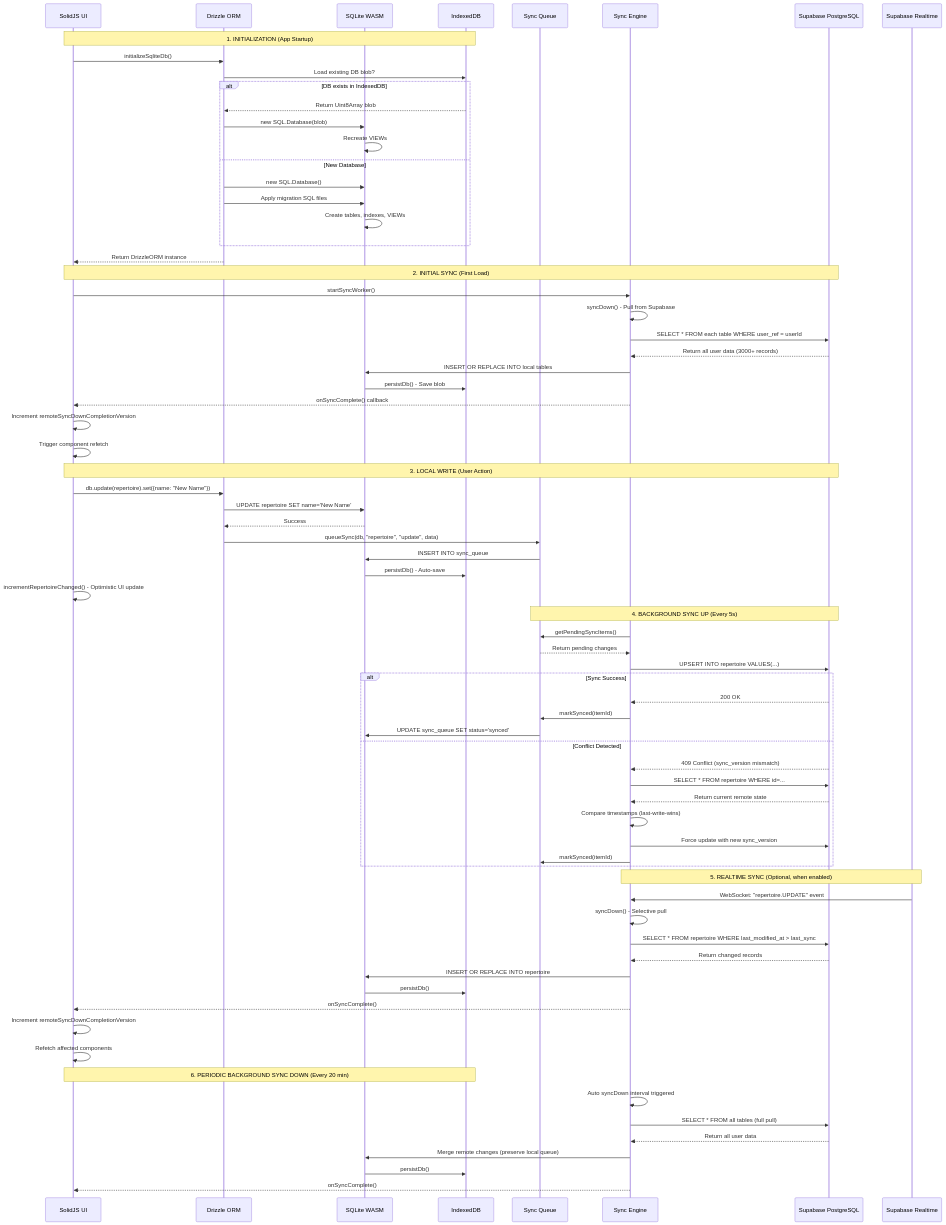
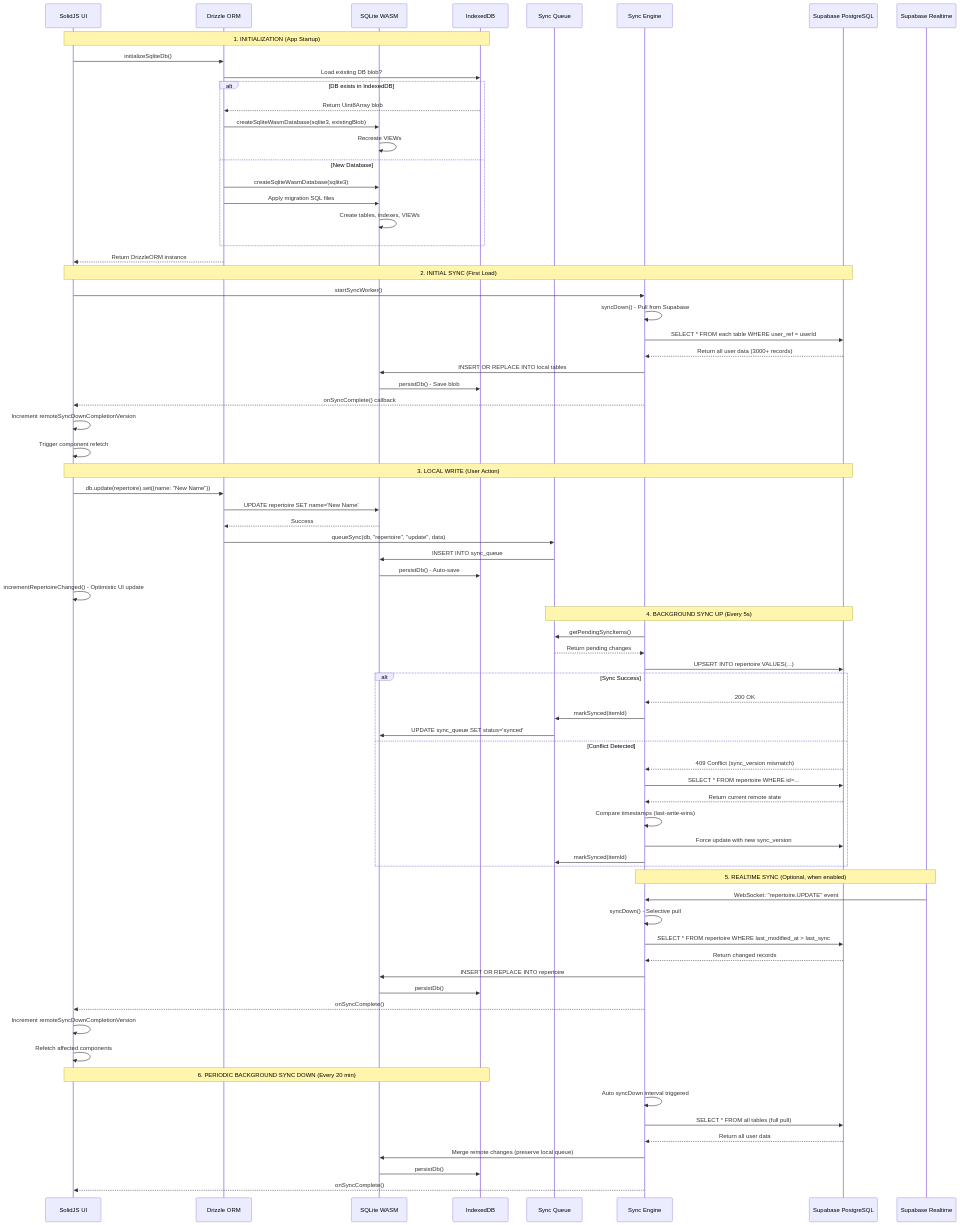
The first of 2 diagrams in docs/DB_AND_REPLICATION_ARCHITECTURE.md (sboagy/tunetrees), drawn with Mermaid before and after one commit. The commit also changed other lines of this file, not shown here.

First line of the commit message:
Update SQLite WASM architecture docs

````diff
--- a/docs/DB_AND_REPLICATION_ARCHITECTURE.md
+++ b/docs/DB_AND_REPLICATION_ARCHITECTURE.md
@@ -100,81 +100,81 @@
 ```mermaid
 sequenceDiagram
     participant UI as SolidJS UI
     participant Drizzle as Drizzle ORM
     participant SQLite as SQLite WASM
     participant IDB as IndexedDB
     participant Queue as Sync Queue
     participant Engine as Sync Engine
     participant Supabase as Supabase PostgreSQL
     participant Realtime as Supabase Realtime
 
     Note over UI,IDB: 1. INITIALIZATION (App Startup)
     UI->>Drizzle: initializeSqliteDb()
     Drizzle->>IDB: Load existing DB blob?
     alt DB exists in IndexedDB
         IDB-->>Drizzle: Return Uint8Array blob
-        Drizzle->>SQLite: new SQL.Database(blob)
+        Drizzle->>SQLite: createSqliteWasmDatabase(sqlite3, existingBlob)
         SQLite->>SQLite: Recreate VIEWs
     else New Database
-        Drizzle->>SQLite: new SQL.Database()
+        Drizzle->>SQLite: createSqliteWasmDatabase(sqlite3)
         Drizzle->>SQLite: Apply migration SQL files
         SQLite->>SQLite: Create tables, indexes, VIEWs
     end
     Drizzle-->>UI: Return DrizzleORM instance
     
     Note over UI,Supabase: 2. INITIAL SYNC (First Load)
     UI->>Engine: startSyncWorker()
     Engine->>Engine: syncDown() - Pull from Supabase
     Engine->>Supabase: SELECT * FROM each table WHERE user_ref = userId
     Supabase-->>Engine: Return all user data (3000+ records)
     Engine->>SQLite: INSERT OR REPLACE INTO local tables
     SQLite->>IDB: persistDb() - Save blob
     Engine-->>UI: onSyncComplete() callback
     UI->>UI: Increment remoteSyncDownCompletionVersion
     UI->>UI: Trigger component refetch
 
     Note over UI,Supabase: 3. LOCAL WRITE (User Action)
     UI->>Drizzle: db.update(repertoire).set({name: "New Name"})
     Drizzle->>SQLite: UPDATE repertoire SET name='New Name'
     SQLite-->>Drizzle: Success
     Drizzle->>Queue: queueSync(db, "repertoire", "update", data)
     Queue->>SQLite: INSERT INTO sync_queue
     SQLite->>IDB: persistDb() - Auto-save
     UI->>UI: incrementRepertoireChanged() - Optimistic UI update
 
     Note over Queue,Supabase: 4. BACKGROUND SYNC UP (Every 5s)
     Engine->>Queue: getPendingSyncItems()
     Queue-->>Engine: Return pending changes
     Engine->>Supabase: UPSERT INTO repertoire VALUES(...)
     alt Sync Success
         Supabase-->>Engine: 200 OK
         Engine->>Queue: markSynced(itemId)
         Queue->>SQLite: UPDATE sync_queue SET status='synced'
     else Conflict Detected
         Supabase-->>Engine: 409 Conflict (sync_version mismatch)
         Engine->>Supabase: SELECT * FROM repertoire WHERE id=...
         Supabase-->>Engine: Return current remote state
         Engine->>Engine: Compare timestamps (last-write-wins)
         Engine->>Supabase: Force update with new sync_version
         Engine->>Queue: markSynced(itemId)
     end
 
     Note over Engine,Realtime: 5. REALTIME SYNC (Optional, when enabled)
     Realtime->>Engine: WebSocket: "repertoire.UPDATE" event
     Engine->>Engine: syncDown() - Selective pull
     Engine->>Supabase: SELECT * FROM repertoire WHERE last_modified_at > last_sync
     Supabase-->>Engine: Return changed records
     Engine->>SQLite: INSERT OR REPLACE INTO repertoire
     SQLite->>IDB: persistDb()
     Engine-->>UI: onSyncComplete()
     UI->>UI: Increment remoteSyncDownCompletionVersion
     UI->>UI: Refetch affected components
 
     Note over UI,IDB: 6. PERIODIC BACKGROUND SYNC DOWN (Every 20 min)
     Engine->>Engine: Auto syncDown interval triggered
     Engine->>Supabase: SELECT * FROM all tables (full pull)
     Supabase-->>Engine: Return all user data
     Engine->>SQLite: Merge remote changes (preserve local queue)
     SQLite->>IDB: persistDb()
     Engine-->>UI: onSyncComplete()
 ```
````
